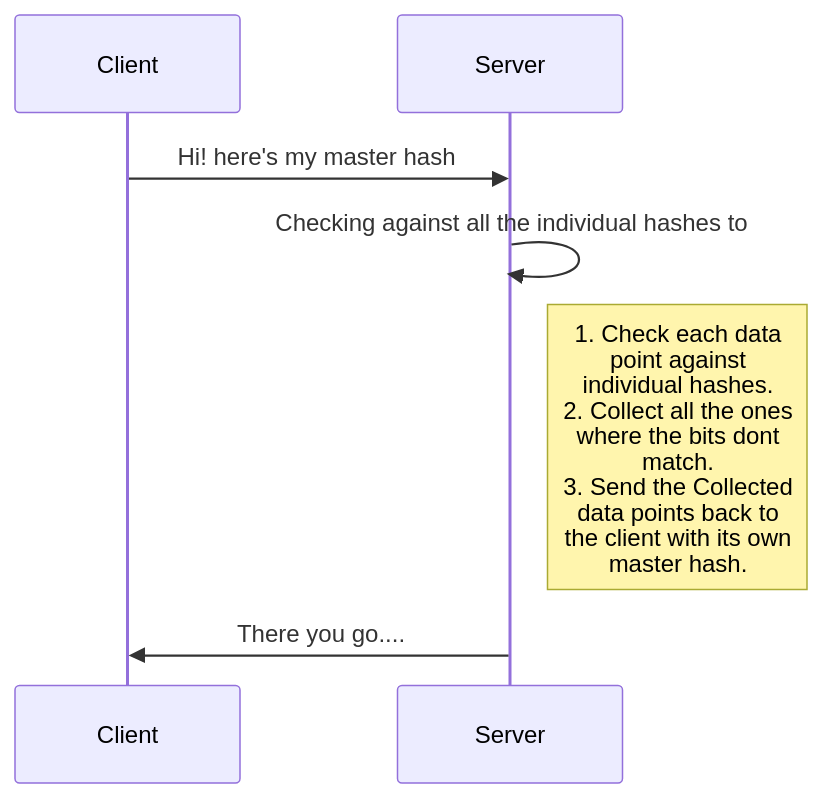
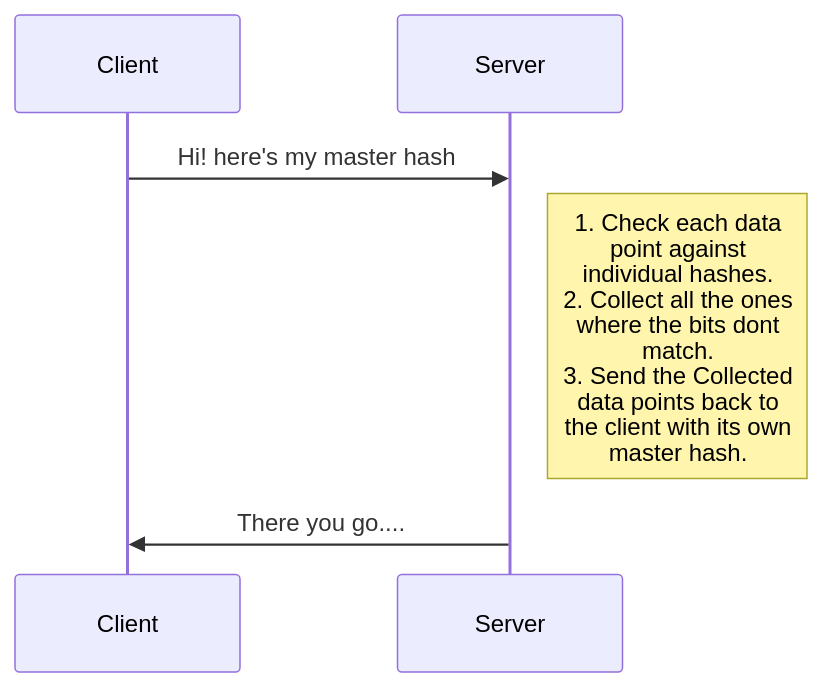
The first of 2 diagrams in drafts/2019-02-05-bloom-filter.md (trshant-sugoi/stackedit), drawn with Mermaid before and after one commit. The commit also changed other lines of this file, not shown here.

````diff
--- a/drafts/2019-02-05-bloom-filter.md
+++ b/drafts/2019-02-05-bloom-filter.md
@@ -10,7 +10,6 @@
 ```mermaid
 sequenceDiagram
 Client ->> Server: Hi! here's my master hash
-Server ->> Server: Checking against all the individual hashes to 
 Note right of Server: 1. Check each data <br/>point against <br/>individual hashes.<br/>2. Collect all the ones<br/> where the bits dont <br/>match.<br/>3. Send the Collected<br/> data points back to <br/>the client with its own<br/> master hash.
 Server ->> Client: There you go....
 ```
````
